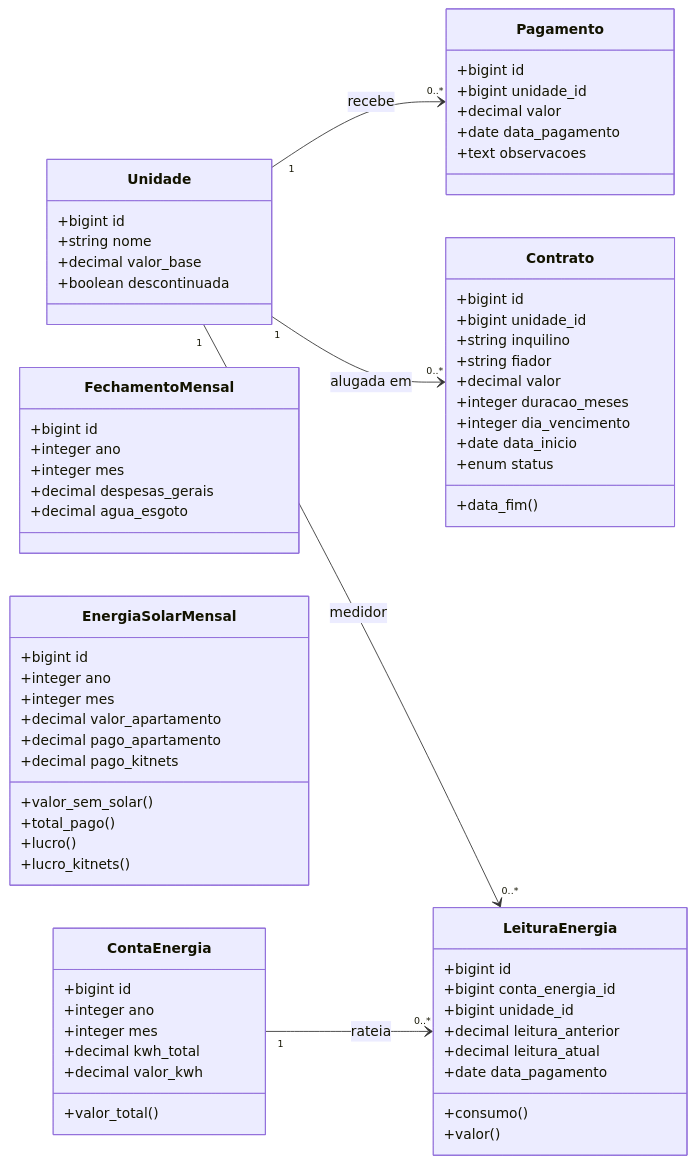
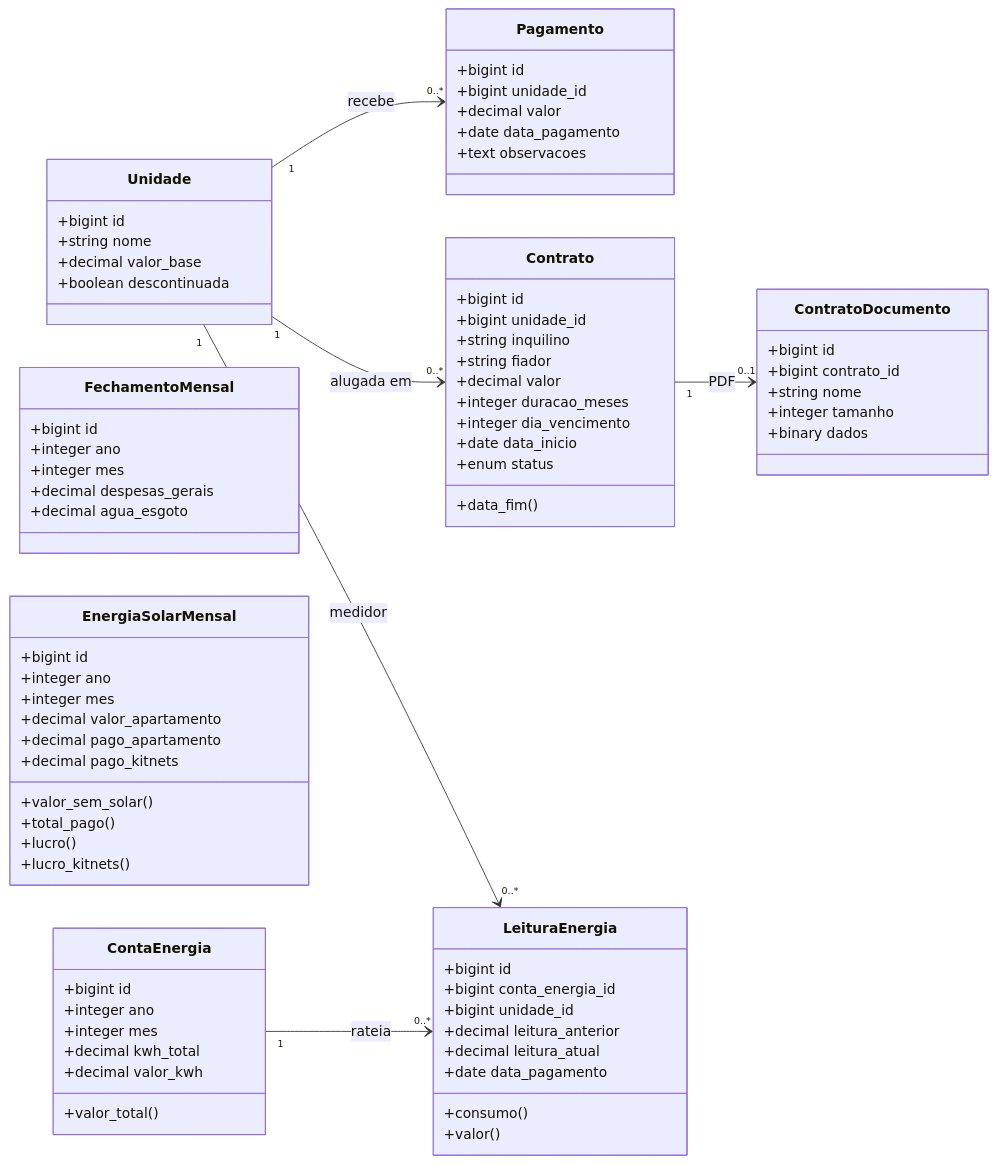
One commit to keandro/kitnet changed the diagram in README.md. Above: the diagram before and after it, drawn with Mermaid. The commit also changed other lines of this file and 11 other files, not shown here.

````diff
--- a/README.md
+++ b/README.md
@@ -67,6 +67,14 @@
         +date data_inicio
         +enum status
         +data_fim()
+    }
+
+    class ContratoDocumento {
+        +bigint id
+        +bigint contrato_id
+        +string nome
+        +integer tamanho
+        +binary dados
     }
 
     class Pagamento {
@@ -120,6 +128,7 @@
 
     Unidade "1" --> "0..*" Pagamento : recebe
     Unidade "1" --> "0..*" Contrato : alugada em
+    Contrato "1" --> "0..1" ContratoDocumento : PDF
     ContaEnergia "1" --> "0..*" LeituraEnergia : rateia
     Unidade "1" --> "0..*" LeituraEnergia : medidor
 ```
````
